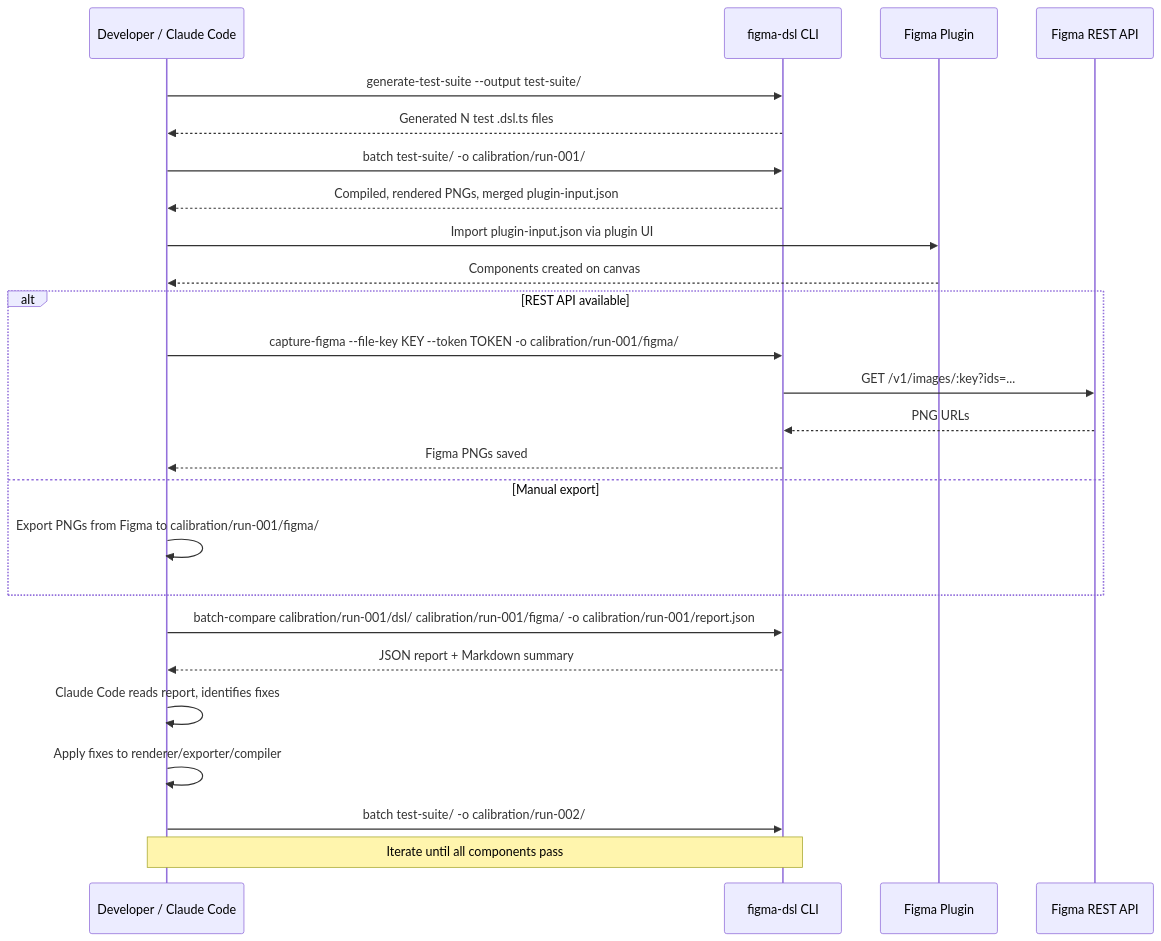
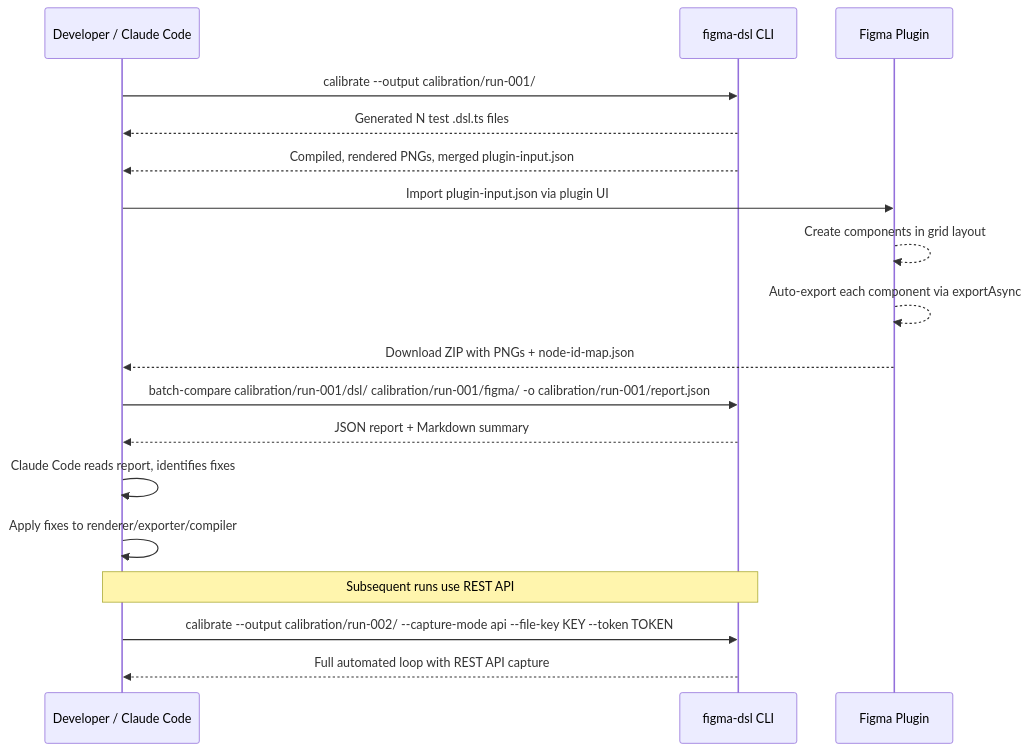
Before and after one commit to TETRA2000/figma-component-dsl: the second of 3 diagrams in .kiro/specs/calibration-workflow/design.md, drawn with Mermaid. The commit also changed other lines of this file and 1 other file, not shown here.

First line of the commit message:
Update calibration-workflow design: remove manual Figma step, consolidate commands

````diff
--- a/.kiro/specs/calibration-workflow/design.md
+++ b/.kiro/specs/calibration-workflow/design.md
@@ -107,33 +105,25 @@
 ```mermaid
 sequenceDiagram
     participant Dev as Developer / Claude Code
     participant CLI as figma-dsl CLI
     participant Figma as Figma Plugin
-    participant API as Figma REST API
 
-    Dev->>CLI: generate-test-suite --output test-suite/
+    Dev->>CLI: calibrate --output calibration/run-001/
     CLI-->>Dev: Generated N test .dsl.ts files
-
-    Dev->>CLI: batch test-suite/ -o calibration/run-001/
     CLI-->>Dev: Compiled, rendered PNGs, merged plugin-input.json
 
     Dev->>Figma: Import plugin-input.json via plugin UI
-    Figma-->>Dev: Components created on canvas
-
-    alt REST API available
-        Dev->>CLI: capture-figma --file-key KEY --token TOKEN -o calibration/run-001/figma/
-        CLI->>API: GET /v1/images/:key?ids=...
-        API-->>CLI: PNG URLs
-        CLI-->>Dev: Figma PNGs saved
-    else Manual export
-        Dev->>Dev: Export PNGs from Figma to calibration/run-001/figma/
-    end
+    Figma-->>Figma: Create components in grid layout
+    Figma-->>Figma: Auto-export each component via exportAsync
+    Figma-->>Dev: Download ZIP with PNGs + node-id-map.json
 
     Dev->>CLI: batch-compare calibration/run-001/dsl/ calibration/run-001/figma/ -o calibration/run-001/report.json
     CLI-->>Dev: JSON report + Markdown summary
 
     Dev->>Dev: Claude Code reads report, identifies fixes
     Dev->>Dev: Apply fixes to renderer/exporter/compiler
-    Dev->>CLI: batch test-suite/ -o calibration/run-002/
-    Note over Dev,CLI: Iterate until all components pass
+
+    Note over Dev,CLI: Subsequent runs use REST API
+    Dev->>CLI: calibrate --output calibration/run-002/ --capture-mode api --file-key KEY --token TOKEN
+    CLI-->>Dev: Full automated loop with REST API capture
 ```
````
